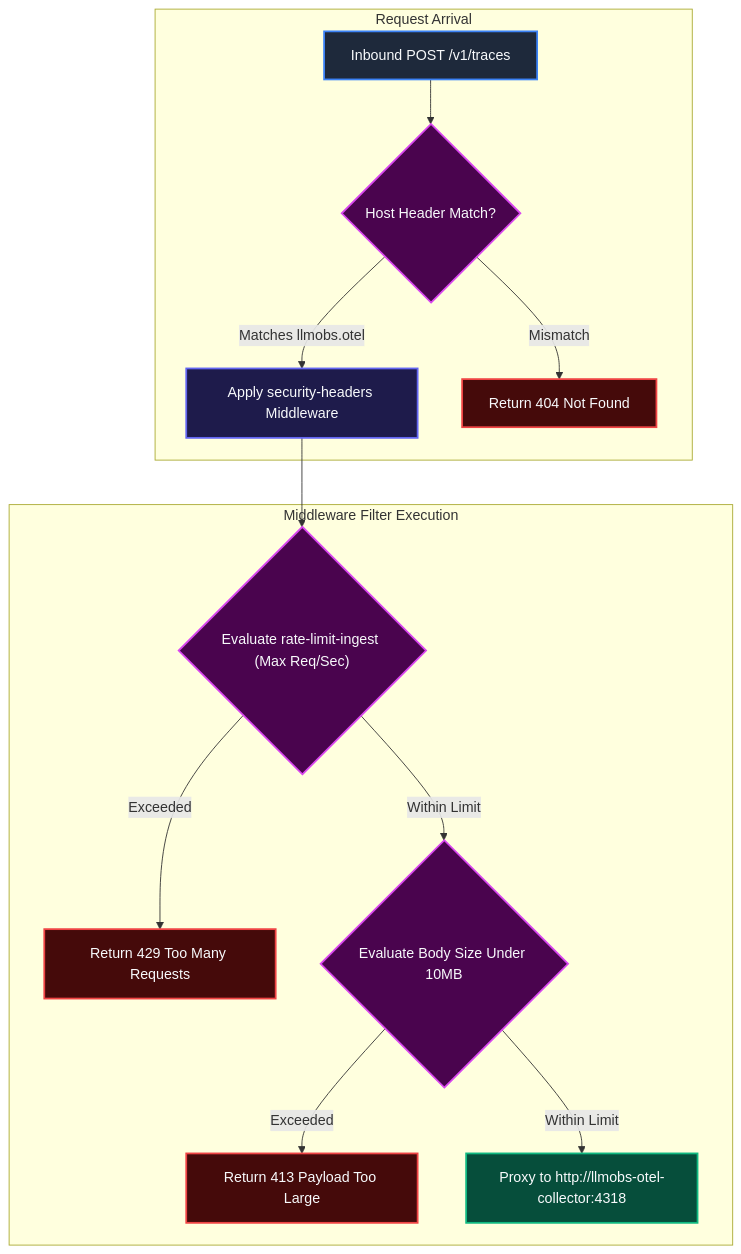
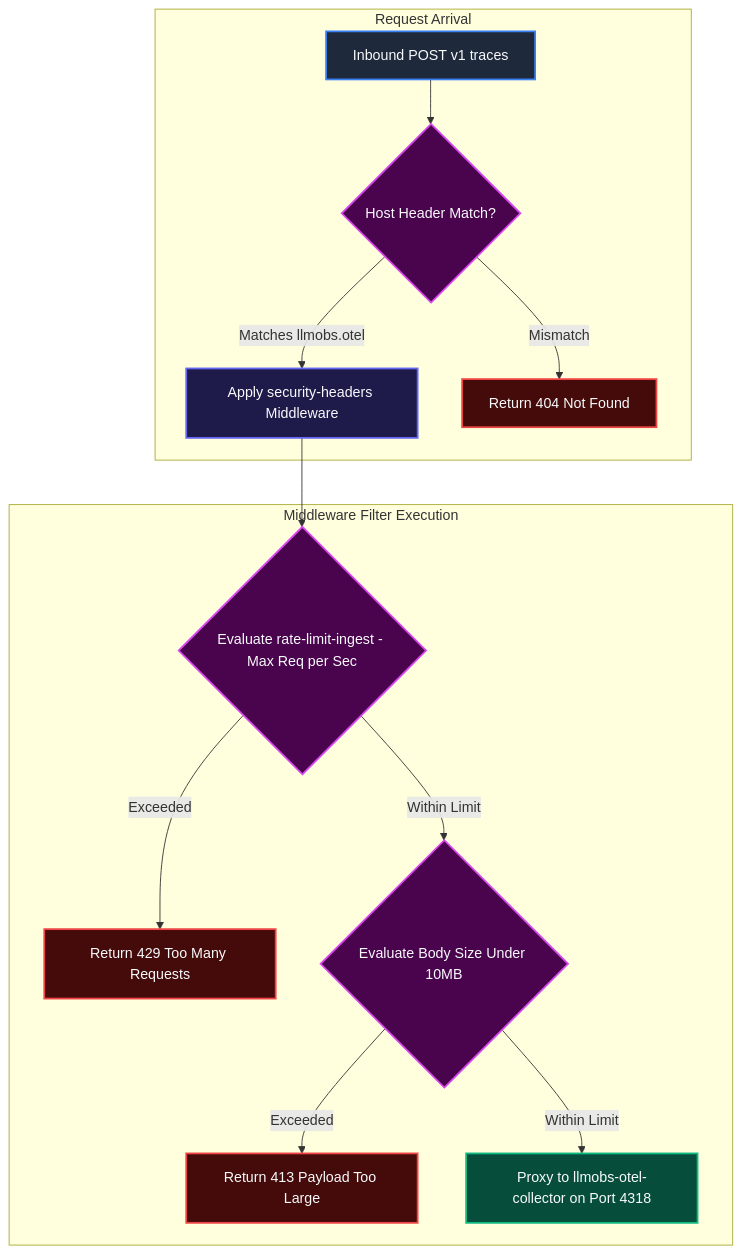
One commit to Chief-Strategist-J/llm-obs-infra changed diagram 16 of 22 in docs/configDoc/otel-collector-configuration-guide.md. Above: the diagram before and after it, drawn with Mermaid. The commit also changed other lines of this file, not shown here.

Commit message:
fix(docs): resolve all Mermaid diagram syntax and layout rendering issues in otel configuration guide

````diff
--- a/docs/configDoc/otel-collector-configuration-guide.md
+++ b/docs/configDoc/otel-collector-configuration-guide.md
@@ -1450,26 +1481,28 @@
 ```mermaid
 graph TD
     subgraph RequestIngress ["Request Arrival"]
-        InboundHTTPS["Inbound POST /v1/traces"] --> HostRouter{"Host Header Match?"}
+        InboundHTTPS["Inbound POST v1 traces"] --> HostRouter{"Host Header Match?"}
         HostRouter -->|Matches llmobs.otel| SecHeaders["Apply security-headers Middleware"]
         HostRouter -->|Mismatch| Reject404["Return 404 Not Found"]
     end
 
     subgraph MiddlewareChain ["Middleware Filter Execution"]
-        SecHeaders --> RateLimit{"Evaluate rate-limit-ingest (Max Req/Sec)"}
+        RateLimit{"Evaluate rate-limit-ingest - Max Req per Sec"}
         RateLimit -->|Exceeded| Reject429["Return 429 Too Many Requests"]
         RateLimit -->|Within Limit| PayloadCheck{"Evaluate Body Size Under 10MB"}
         PayloadCheck -->|Exceeded| Reject413["Return 413 Payload Too Large"]
-        PayloadCheck -->|Within Limit| ForwardBackend["Proxy to http://llmobs-otel-collector:4318"]
+        PayloadCheck -->|Within Limit| ForwardBackend["Proxy to llmobs-otel-collector on Port 4318"]
     end
+
+    SecHeaders --> RateLimit
 
     style InboundHTTPS fill:#1e293b,stroke:#3b82f6,stroke-width:2px,color:#f8fafc
     style HostRouter fill:#4a044e,stroke:#d946ef,stroke-width:2px,color:#f8fafc
     style SecHeaders fill:#1e1b4b,stroke:#6366f1,stroke-width:2px,color:#f8fafc
     style Reject404 fill:#450a0a,stroke:#ef4444,stroke-width:2px,color:#f8fafc
     style RateLimit fill:#4a044e,stroke:#d946ef,stroke-width:2px,color:#f8fafc
     style Reject429 fill:#450a0a,stroke:#ef4444,stroke-width:2px,color:#f8fafc
     style PayloadCheck fill:#4a044e,stroke:#d946ef,stroke-width:2px,color:#f8fafc
     style Reject413 fill:#450a0a,stroke:#ef4444,stroke-width:2px,color:#f8fafc
     style ForwardBackend fill:#064e3b,stroke:#10b981,stroke-width:2px,color:#f8fafc
 ```
````
